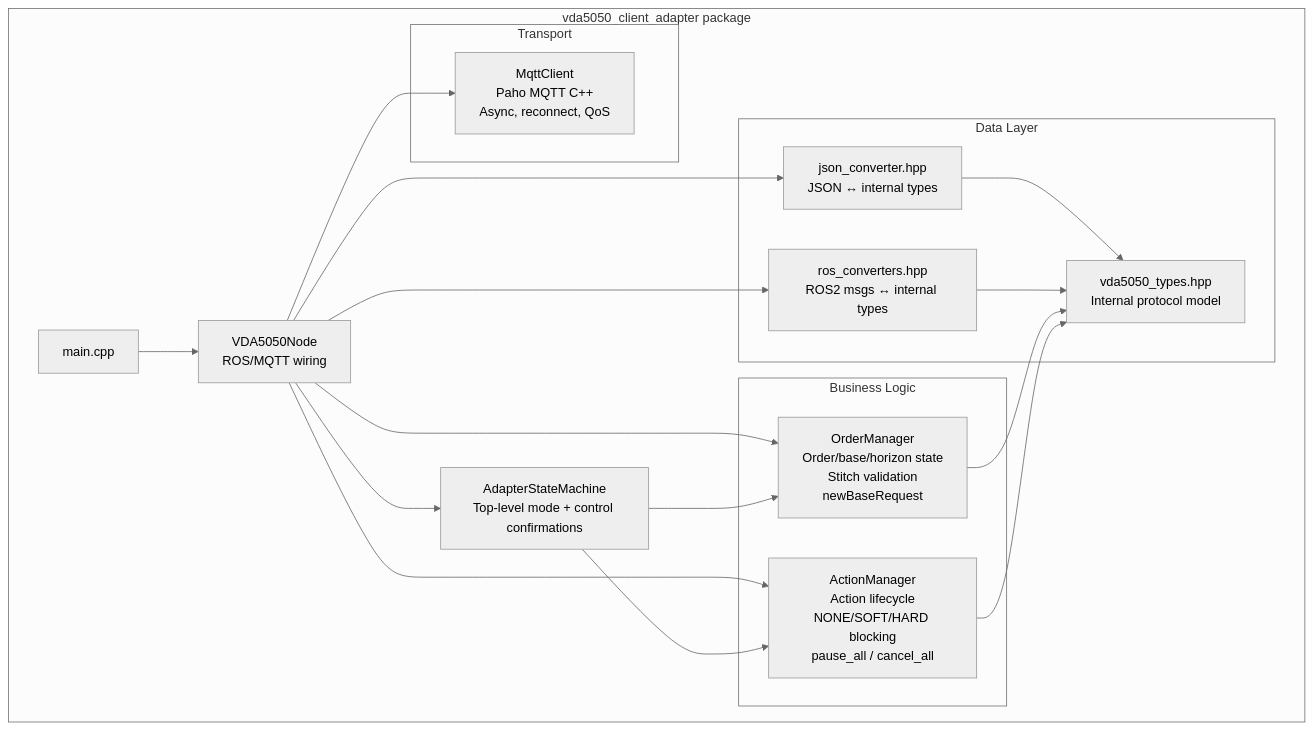
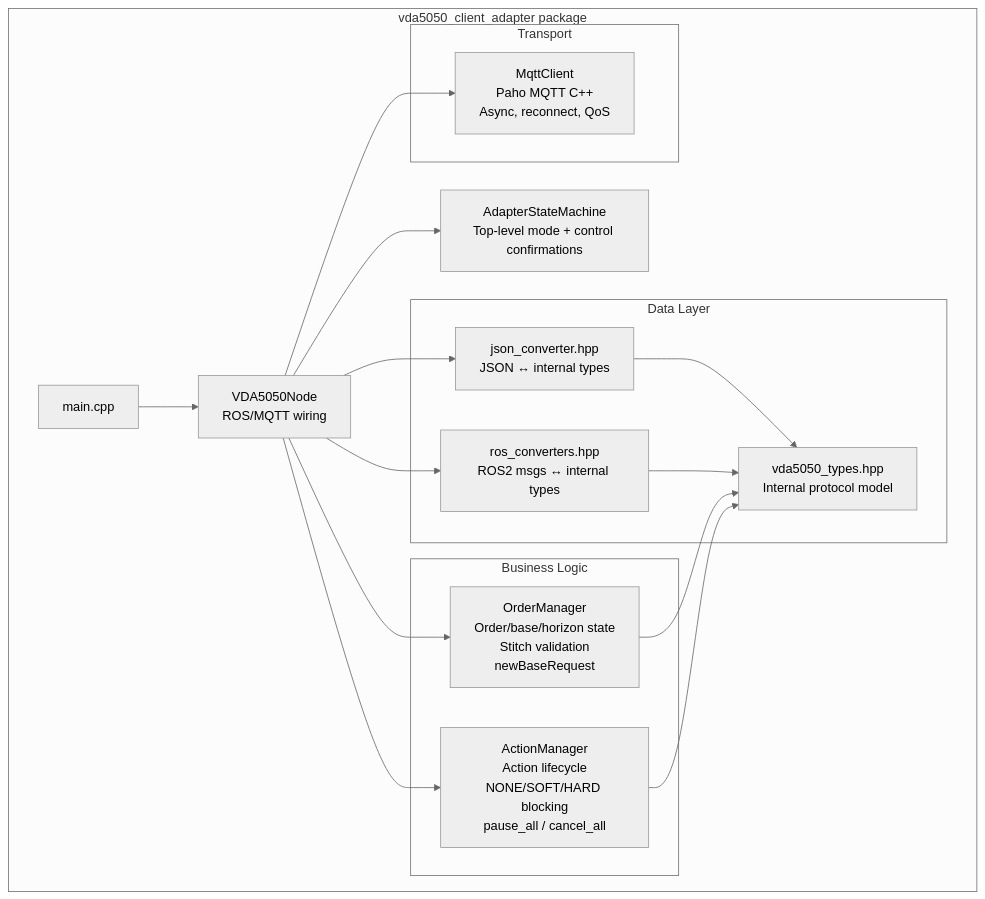
One commit to NhatTran-97/eiu-vda5050-support-open-rmf changed the second of 7 diagrams in vda5050_client_adapter/docs/architecture.md. Above: the diagram before and after it, drawn with Mermaid (neutral theme). The commit also changed other lines of this file, not shown here.

Commit message:
updated architecture for docs

````diff
--- a/vda5050_client_adapter/docs/architecture.md
+++ b/vda5050_client_adapter/docs/architecture.md
@@ -53,37 +53,35 @@
 ```mermaid
 flowchart TB
     subgraph Adapter["vda5050_client_adapter package"]
         Main["main.cpp"]
         Node["VDA5050Node\nROS/MQTT wiring"]
         SM["AdapterStateMachine\nTop-level mode + control confirmations"]
 
         subgraph Logic["Business Logic"]
             Order["OrderManager\nOrder/base/horizon state\nStitch validation\nnewBaseRequest"]
             Action["ActionManager\nAction lifecycle\nNONE/SOFT/HARD blocking\npause_all / cancel_all"]
         end
 
         subgraph Data["Data Layer"]
             Types["vda5050_types.hpp\nInternal protocol model"]
             Json["json_converter.hpp\nJSON ↔ internal types"]
             Ros["ros_converters.hpp\nROS2 msgs ↔ internal types"]
         end
 
         subgraph Transport["Transport"]
             Mqtt["MqttClient\nPaho MQTT C++\nAsync, reconnect, QoS"]
         end
 
         Main --> Node
         Node --> SM
         Node --> Mqtt
         Node --> Order
         Node --> Action
         Node --> Json
         Node --> Ros
-        SM --> Order
-        SM --> Action
         Json --> Types
         Ros --> Types
         Order --> Types
         Action --> Types
     end
 ```
````
